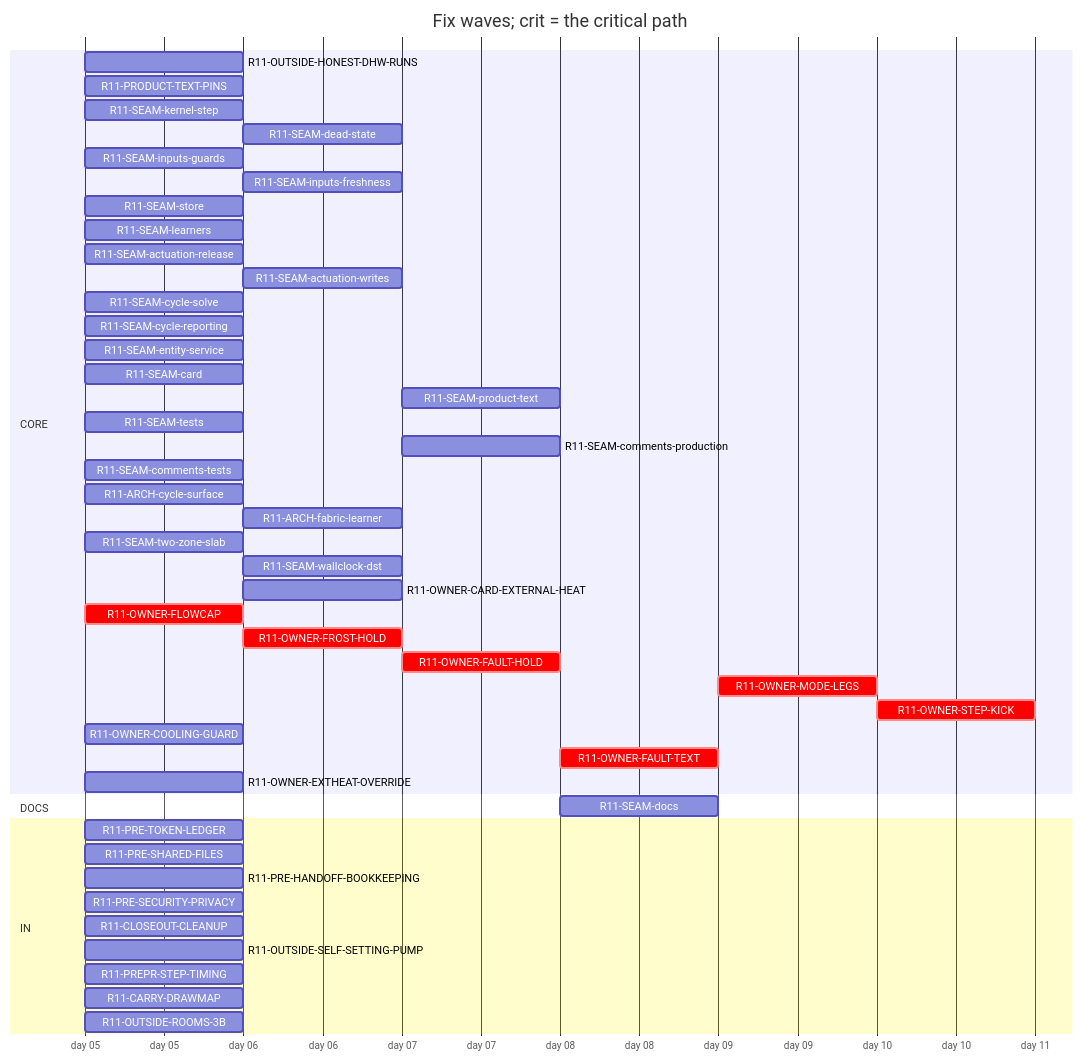
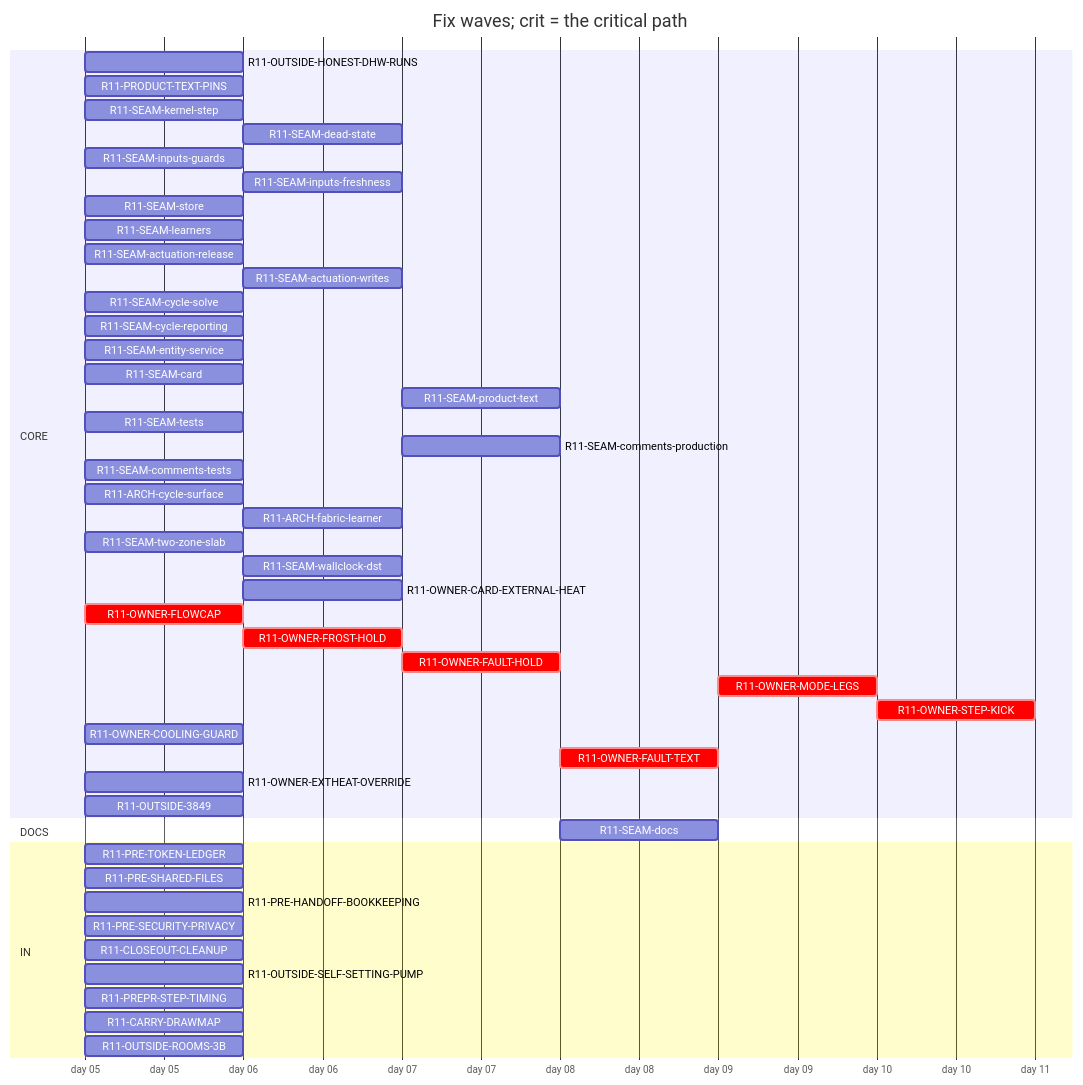
The diagram in handoff/round11/state/PLAN-TABLE.md (tvofi/heatpump_optimizer), drawn with Mermaid before and after one commit. The commit also changed other lines of this file and 4 other files, not shown here.

Commit message:
state: FLOW-BOARD.md, NEXT-SESSION-PROMPT.md, PLAN-TABLE.md, PLAN.html, RESUME-CURRENT.md regenerated (state_docs.py)

````diff
--- a/handoff/round11/state/PLAN-TABLE.md
+++ b/handoff/round11/state/PLAN-TABLE.md
@@ -16,50 +16,51 @@
 ```mermaid
 gantt
   title Fix waves; crit = the critical path
   dateFormat YYYY-MM-DD
   axisFormat day %d
   section CORE
     R11-OUTSIDE-HONEST-DHW-RUNS :r11OUTSIDEHONESTDHWRUNS, 2026-01-05, 1d
     R11-PRODUCT-TEXT-PINS :r11PRODUCTTEXTPINS, 2026-01-05, 1d
     R11-SEAM-kernel-step :r11SEAMkernelstep, 2026-01-05, 1d
     R11-SEAM-dead-state :r11SEAMdeadstate, after r11SEAMstore, 1d
     R11-SEAM-inputs-guards :r11SEAMinputsguards, 2026-01-05, 1d
     R11-SEAM-inputs-freshness :r11SEAMinputsfreshness, after r11SEAMkernelstep, 1d
     R11-SEAM-store :r11SEAMstore, 2026-01-05, 1d
     R11-SEAM-learners :r11SEAMlearners, 2026-01-05, 1d
     R11-SEAM-actuation-release :r11SEAMactuationrelease, 2026-01-05, 1d
     R11-SEAM-actuation-writes :r11SEAMactuationwrites, after r11SEAMkernelstep r11SEAMactuationrelease, 1d
     R11-SEAM-cycle-solve :r11SEAMcyclesolve, 2026-01-05, 1d
     R11-SEAM-cycle-reporting :r11SEAMcyclereporting, 2026-01-05, 1d
     R11-SEAM-entity-service :r11SEAMentityservice, 2026-01-05, 1d
     R11-SEAM-card :r11SEAMcard, 2026-01-05, 1d
     R11-SEAM-product-text :r11SEAMproducttext, after r11SEAMactuationrelease r11SEAMactuationwrites r11SEAMentityservice r11SEAMinputsguards r11SEAMinputsfreshness r11SEAMcyclesolve r11SEAMcyclereporting, 1d
     R11-SEAM-tests :r11SEAMtests, 2026-01-05, 1d
     R11-SEAM-comments-production :r11SEAMcommentsproduction, after r11SEAMactuationrelease r11SEAMactuationwrites r11SEAMentityservice r11SEAMinputsguards r11SEAMinputsfreshness r11SEAMcyclesolve r11SEAMcyclereporting, 1d
     R11-SEAM-comments-tests :r11SEAMcommentstests, 2026-01-05, 1d
     R11-ARCH-cycle-surface :r11ARCHcyclesurface, 2026-01-05, 1d
     R11-ARCH-fabric-learner :r11ARCHfabriclearner, after r11SEAMlearners, 1d
     R11-SEAM-two-zone-slab :r11SEAMtwozoneslab, 2026-01-05, 1d
     R11-SEAM-wallclock-dst :r11SEAMwallclockdst, after r11SEAMkernelstep, 1d
     R11-OWNER-CARD-EXTERNAL-HEAT :r11OWNERCARDEXTERNALHEAT, after r11SEAMcard, 1d
     R11-OWNER-FLOWCAP :crit, r11OWNERFLOWCAP, 2026-01-05, 1d
     R11-OWNER-FROST-HOLD :crit, r11OWNERFROSTHOLD, after r11OWNERFLOWCAP, 1d
     R11-OWNER-FAULT-HOLD :crit, r11OWNERFAULTHOLD, after r11OWNERFROSTHOLD, 1d
     R11-OWNER-MODE-LEGS :crit, r11OWNERMODELEGS, after r11OWNERFAULTTEXT, 1d
     R11-OWNER-STEP-KICK :crit, r11OWNERSTEPKICK, after r11OWNERMODELEGS, 1d
     R11-OWNER-COOLING-GUARD :r11OWNERCOOLINGGUARD, 2026-01-05, 1d
     R11-OWNER-FAULT-TEXT :crit, r11OWNERFAULTTEXT, after r11OWNERFAULTHOLD, 1d
     R11-OWNER-EXTHEAT-OVERRIDE :r11OWNEREXTHEATOVERRIDE, 2026-01-05, 1d
+    R11-OUTSIDE-3849 :r11OUTSIDE3849, 2026-01-05, 1d
   section DOCS
     R11-SEAM-docs :r11SEAMdocs, after r11SEAMlearners r11SEAMactuationrelease r11SEAMactuationwrites r11SEAMentityservice r11SEAMinputsguards r11SEAMinputsfreshness r11SEAMcyclesolve r11SEAMcyclereporting r11SEAMcard r11SEAMproducttext, 1d
   section IN
     R11-PRE-TOKEN-LEDGER :r11PRETOKENLEDGER, 2026-01-05, 1d
     R11-PRE-SHARED-FILES :r11PRESHAREDFILES, 2026-01-05, 1d
     R11-PRE-HANDOFF-BOOKKEEPING :r11PREHANDOFFBOOKKEEPING, 2026-01-05, 1d
     R11-PRE-SECURITY-PRIVACY :r11PRESECURITYPRIVACY, 2026-01-05, 1d
     R11-CLOSEOUT-CLEANUP :r11CLOSEOUTCLEANUP, 2026-01-05, 1d
     R11-OUTSIDE-SELF-SETTING-PUMP :r11OUTSIDESELFSETTINGPUMP, 2026-01-05, 1d
     R11-PREPR-STEP-TIMING :r11PREPRSTEPTIMING, 2026-01-05, 1d
     R11-CARRY-DRAWMAP :r11CARRYDRAWMAP, 2026-01-05, 1d
     R11-OUTSIDE-ROOMS-3B :r11OUTSIDEROOMS3B, 2026-01-05, 1d
 ```
````
